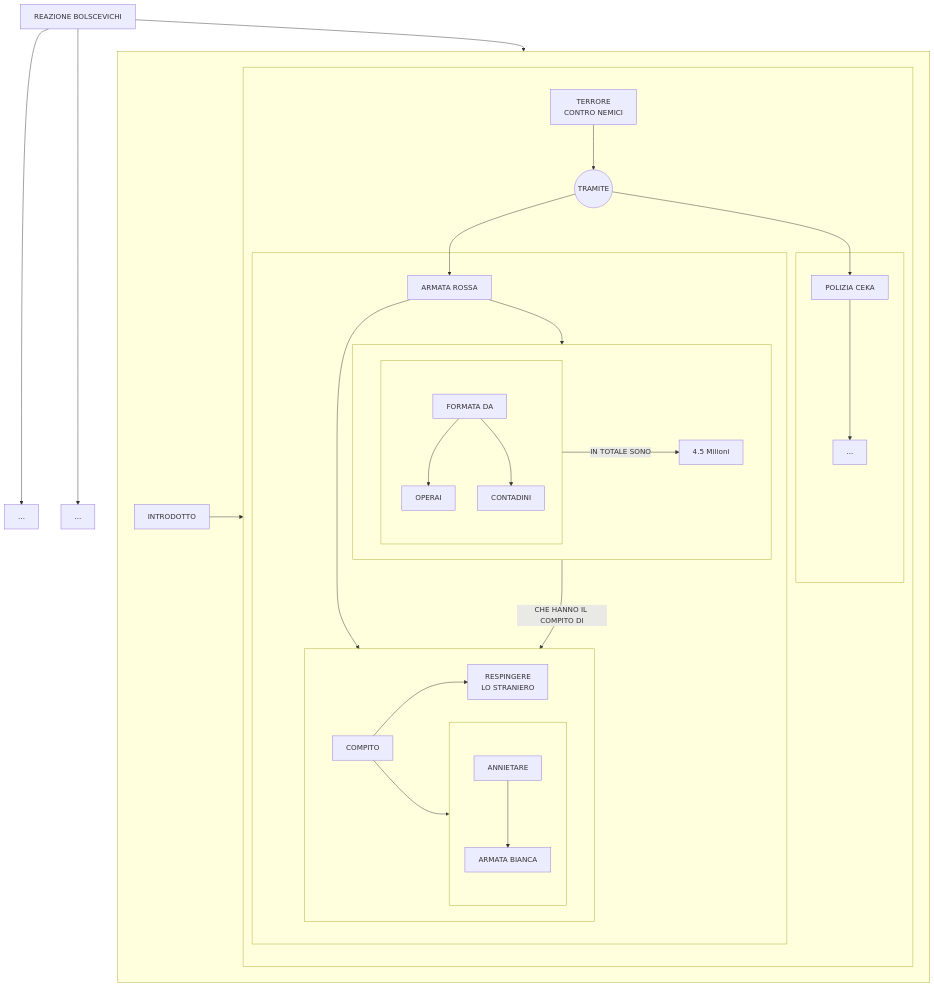
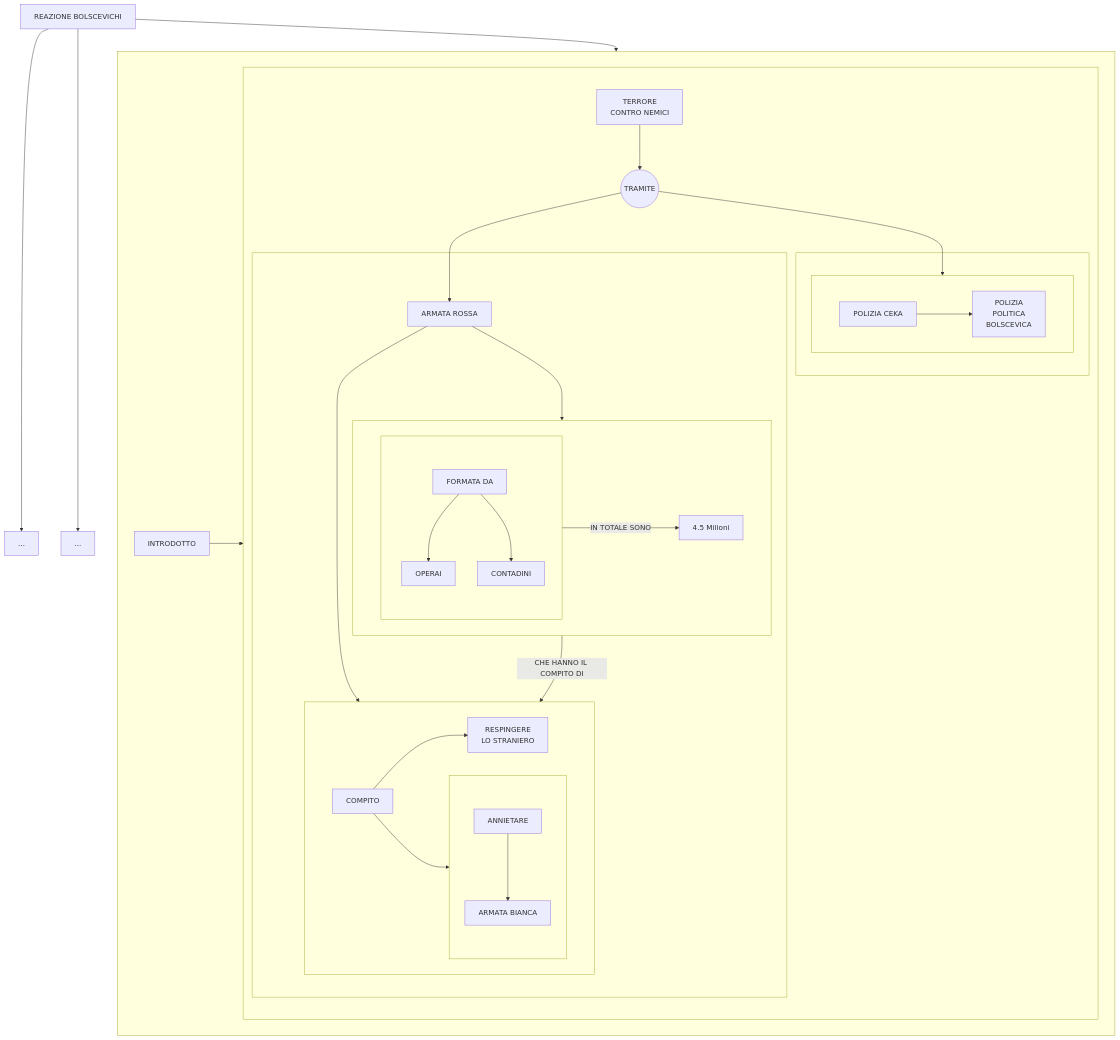
The ninth of 9 diagrams in stalinismo.md (Laaouatni/ricerca-storia-MermaidJS), drawn with Mermaid before and after one commit.

Commit message:
Refactor flowchart structure in stalinismo.md for clarity

````diff
--- a/stalinismo.md
+++ b/stalinismo.md
@@ -422,46 +422,48 @@
 ```mermaid
 flowchart TB
     0[REAZIONE BOLSCEVICHI]
     1[...]
     2[...]
     subgraph 3[" "]
         30[INTRODOTTO]
         subgraph 31[" "]
             310[TERRORE <BR> CONTRO NEMICI]
             311((TRAMITE))
             subgraph 314[" "]
                 312[ARMATA ROSSA]
                 subgraph 41[" "]
                     subgraph 4[" "]
                         40[FORMATA DA]
                         400[OPERAI]
                         401[CONTADINI]
                         40 --> 400 & 401
                     end
                     410[4.5 Milioni]
                     4 -->|IN TOTALE SONO| 410
                 end
                 subgraph 42[" "]
                     420[COMPITO]
                     4200[RESPINGERE <br> LO STRANIERO]
                     subgraph 4201[" "]
                         42010[ANNIETARE]
                         42011[ARMATA BIANCA]
                         42010 --> 42011
                     end
                     420 --> 4200 & 4201
                 end
                 312 --> 41 & 42
                 41 -->|CHE HANNO IL COMPITO DI| 42
             end
             subgraph 315[" "]
-                313[POLIZIA CEKA]
-                3130[...]
-                313 --> 3130
+                subgraph 3150[" "]
+                    313[POLIZIA CEKA]
+                    3130[POLIZIA <br> POLITICA <br> BOLSCEVICA]
+                    313 --> 3130
+                end
             end
-            310 --> 311 --> 312 & 313
+            310 --> 311 --> 312 & 3150
         end
         30 --> 31
     end
     0 --> 1 & 2 & 3
 ```
````
